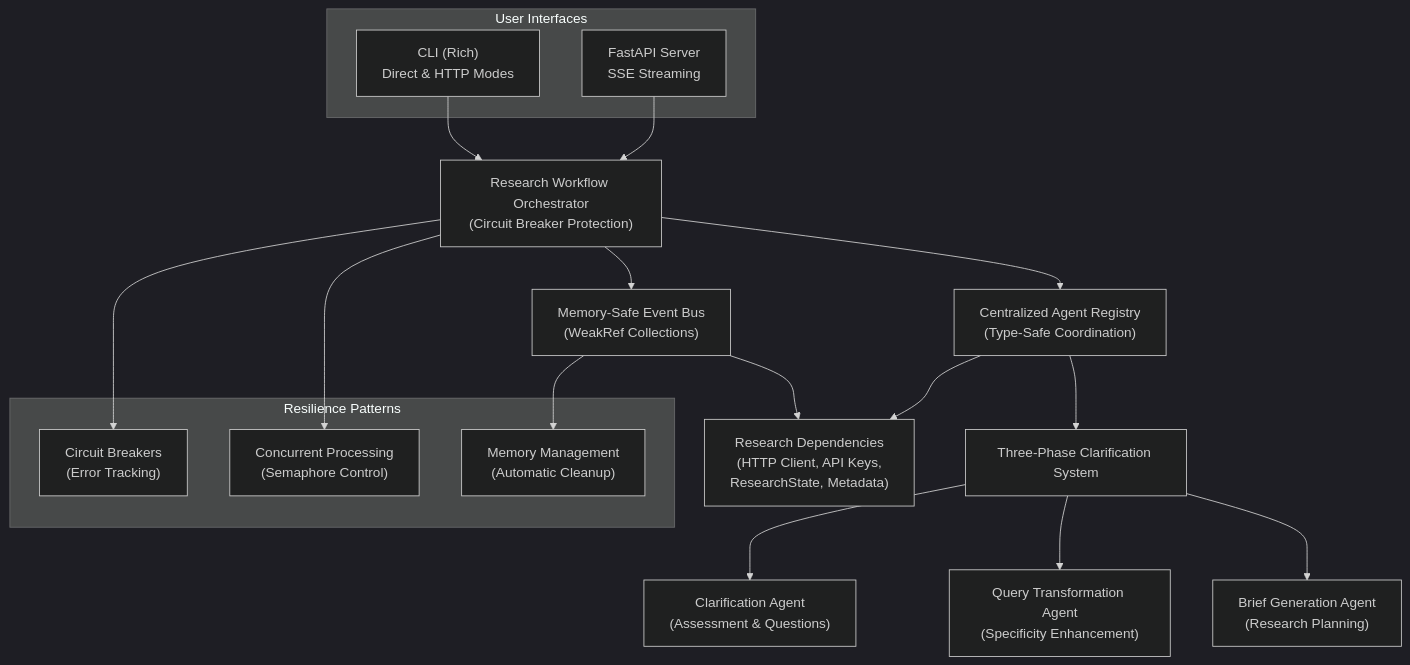
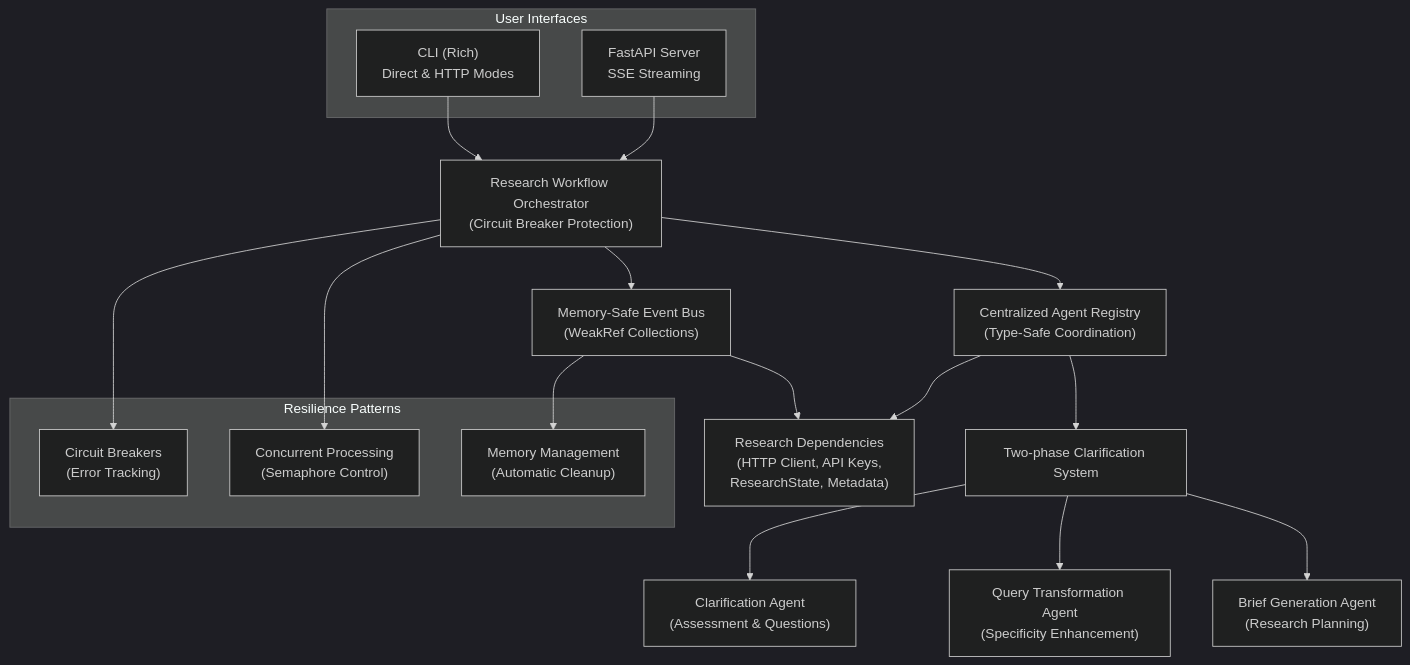
Before and after one commit to lionkeng/open_deep_research_pydantic_ai: the first of 2 diagrams in docs/system_architecture.md, drawn with Mermaid (dark theme). The commit also changed other lines of this file and 12 other files, not shown here.

Commit message:
update code to be say 2-phase for query clarification stage

````diff
--- a/docs/system_architecture.md
+++ b/docs/system_architecture.md
@@ -37,31 +43,31 @@
 ```mermaid
 graph TD
     subgraph "User Interfaces"
         CLI["CLI (Rich)<br/>Direct & HTTP Modes"]
         WebAPI["FastAPI Server<br/>SSE Streaming"]
     end
 
     CLI --> Orchestrator["Research Workflow Orchestrator<br/>(Circuit Breaker Protection)"]
     WebAPI --> Orchestrator
 
     Orchestrator --> EventBus["Memory-Safe Event Bus<br/>(WeakRef Collections)"]
     Orchestrator --> AgentRegistry["Centralized Agent Registry<br/>(Type-Safe Coordination)"]
 
-    AgentRegistry --> ThreePhase["Three-Phase Clarification System"]
-    ThreePhase --> ClarificationAgent["Clarification Agent<br/>(Assessment & Questions)"]
-    ThreePhase --> TransformationAgent["Query Transformation Agent<br/>(Specificity Enhancement)"]
-    ThreePhase --> BriefAgent["Brief Generation Agent<br/>(Research Planning)"]
+    AgentRegistry --> TwoPhase["Two-phase Clarification System"]
+    TwoPhase --> ClarificationAgent["Clarification Agent<br/>(Assessment & Questions)"]
+    TwoPhase --> TransformationAgent["Query Transformation Agent<br/>(Specificity Enhancement)"]
+    TwoPhase --> BriefAgent["Brief Generation Agent<br/>(Research Planning)"]
 
     EventBus --> SharedDeps["Research Dependencies<br/>(HTTP Client, API Keys,<br/>ResearchState, Metadata)"]
     AgentRegistry --> SharedDeps
 
     subgraph "Resilience Patterns"
         CircuitBreakers["Circuit Breakers<br/>(Error Tracking)"]
         ConcurrentProcessing["Concurrent Processing<br/>(Semaphore Control)"]
         MemoryManagement["Memory Management<br/>(Automatic Cleanup)"]
     end
 
     Orchestrator --> CircuitBreakers
     Orchestrator --> ConcurrentProcessing
     EventBus --> MemoryManagement
 ```
````
